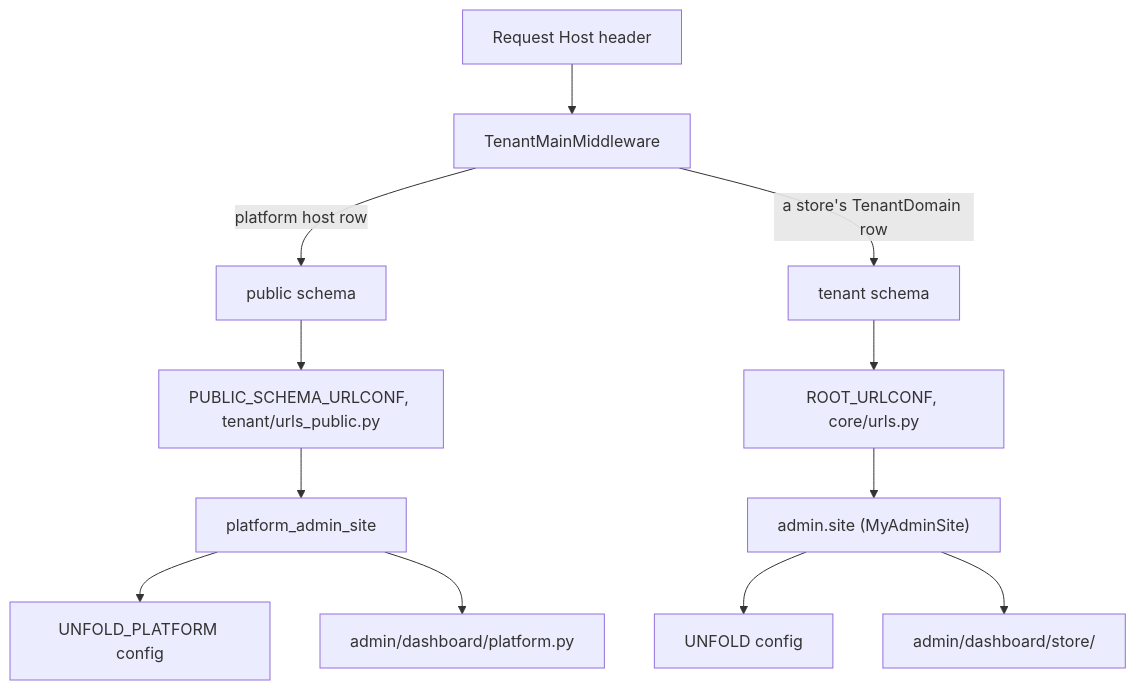
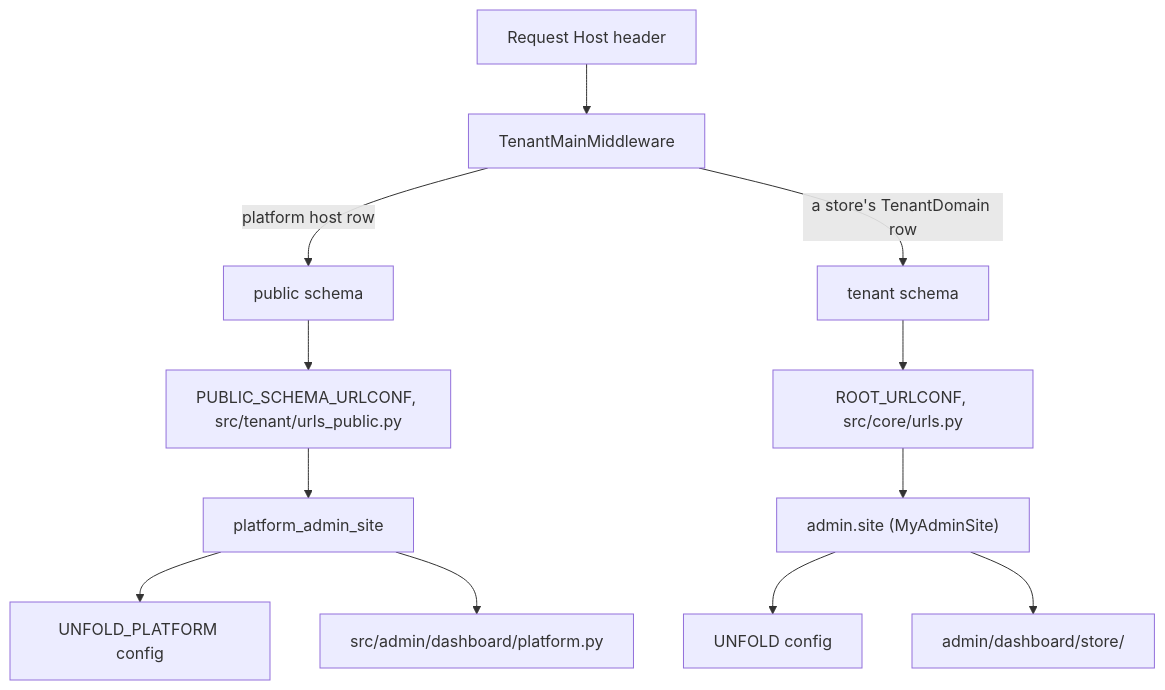
The diagram in src/dev/operator/index.md (vasilistotskas/grooveshop-docs), drawn with Mermaid before and after one commit. The commit also changed other lines of this file and 53 other files, not shown here.

````diff
--- a/src/dev/operator/index.md
+++ b/src/dev/operator/index.md
@@ -23,14 +23,14 @@
 ```mermaid
 flowchart TD
   H["Request Host header"] --> TMM["TenantMainMiddleware"]
   TMM -- "platform host row" --> PUB["public schema"]
   TMM -- "a store's TenantDomain row" --> TEN["tenant schema"]
-  PUB --> PUC["PUBLIC_SCHEMA_URLCONF, tenant/urls_public.py"]
-  TEN --> RUC["ROOT_URLCONF, core/urls.py"]
+  PUB --> PUC["PUBLIC_SCHEMA_URLCONF, src/tenant/urls_public.py"]
+  TEN --> RUC["ROOT_URLCONF, src/core/urls.py"]
   PUC --> PSITE["platform_admin_site"]
   RUC --> SSITE["admin.site (MyAdminSite)"]
   PSITE --> UP["UNFOLD_PLATFORM config"]
   SSITE --> UF["UNFOLD config"]
-  PSITE --> PDASH["admin/dashboard/platform.py"]
+  PSITE --> PDASH["src/admin/dashboard/platform.py"]
   SSITE --> SDASH["admin/dashboard/store/"]
 ```
````
